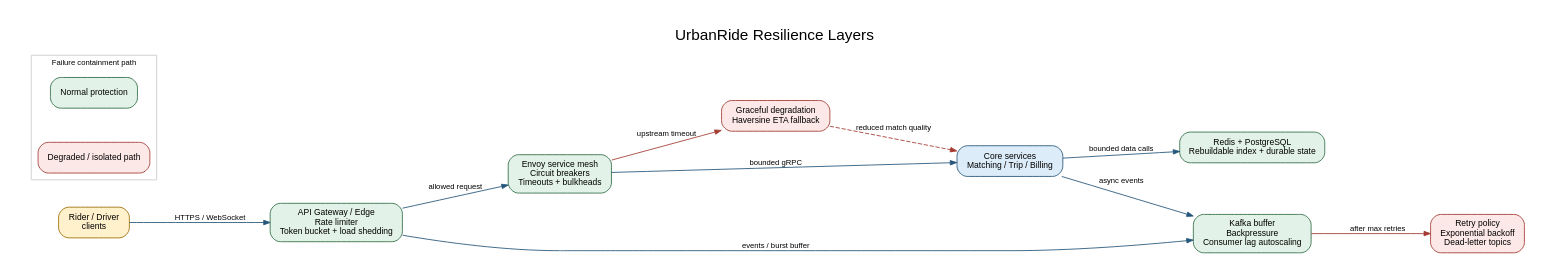
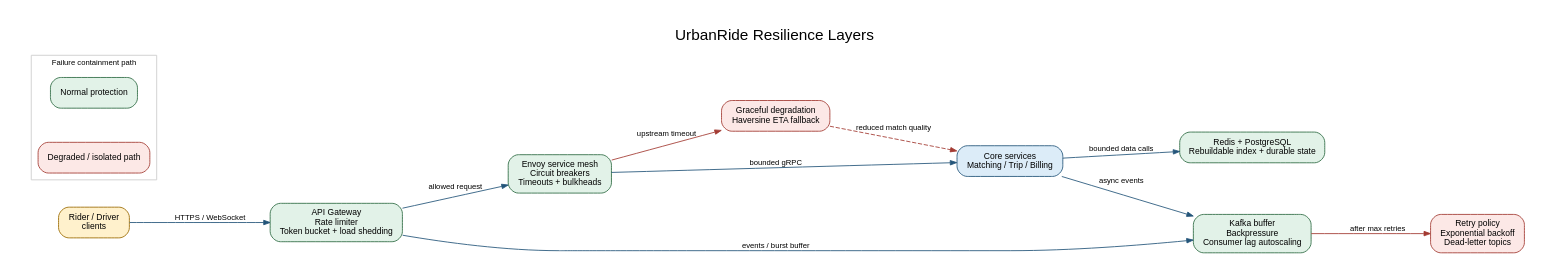
The diagram in diagrams/source/resilience-01-layers.dot (RashmikaMadaela/urbanride-architecture), drawn with Graphviz before and after one commit. The commit also changed 13 other files, not shown here.

Commit message:
M1 consistency pass: render missing diagrams, enforce canonical names, fix SMS contradiction, draft references

```diff
--- a/diagrams/source/resilience-01-layers.dot
+++ b/diagrams/source/resilience-01-layers.dot
@@ -1,23 +1,23 @@
 digraph ResilienceLayers {
   graph [rankdir=LR, bgcolor="white", pad="0.3", nodesep="0.55", ranksep="0.8", labelloc="t", label="UrbanRide Resilience Layers", fontname="Arial", fontsize=18];
   node [shape=box, style="rounded,filled", fillcolor="#DCECF8", color="#24557A", fontname="Arial", fontsize=10, margin="0.16,0.09"];
   edge [color="#24557A", fontname="Arial", fontsize=9, arrowsize=0.75];
   client [label="Rider / Driver\nclients", fillcolor="#FFF1CC", color="#9A6A00"];
-  edge_layer [label="API Gateway / Edge\nRate limiter\nToken bucket + load shedding", fillcolor="#E2F2E8", color="#2E6B43"];
+  edge_layer [label="API Gateway\nRate limiter\nToken bucket + load shedding", fillcolor="#E2F2E8", color="#2E6B43"];
   mesh [label="Envoy service mesh\nCircuit breakers\nTimeouts + bulkheads", fillcolor="#E2F2E8", color="#2E6B43"];
   service [label="Core services\nMatching / Trip / Billing"];
   kafka [label="Kafka buffer\nBackpressure\nConsumer lag autoscaling", fillcolor="#E2F2E8", color="#2E6B43"];
   dlq [label="Retry policy\nExponential backoff\nDead-letter topics", fillcolor="#FCE8E6", color="#A33A32"];
   data [label="Redis + PostgreSQL\nRebuildable index + durable state", fillcolor="#E2F2E8", color="#2E6B43"];
   fallback [label="Graceful degradation\nHaversine ETA fallback", fillcolor="#FCE8E6", color="#A33A32"];
   client -> edge_layer [label="HTTPS / WebSocket"];
   edge_layer -> mesh [label="allowed request"];
   edge_layer -> kafka [label="events / burst buffer"];
   mesh -> service [label="bounded gRPC"];
   service -> kafka [label="async events"];
   service -> data [label="bounded data calls"];
   kafka -> dlq [label="after max retries", color="#A33A32"];
   mesh -> fallback [label="upstream timeout", color="#A33A32"];
   fallback -> service [label="reduced match quality", color="#A33A32", style=dashed];
   subgraph cluster_legend { label="Failure containment path"; color="#CCCCCC"; fontsize=9; legend1 [label="Normal protection", fillcolor="#E2F2E8", color="#2E6B43"]; legend2 [label="Degraded / isolated path", fillcolor="#FCE8E6", color="#A33A32"]; }
 }
```
